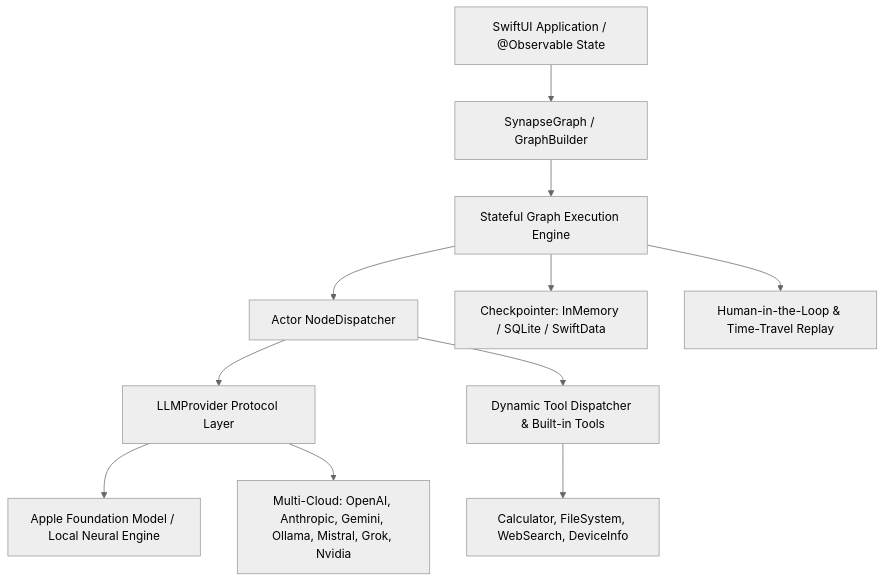
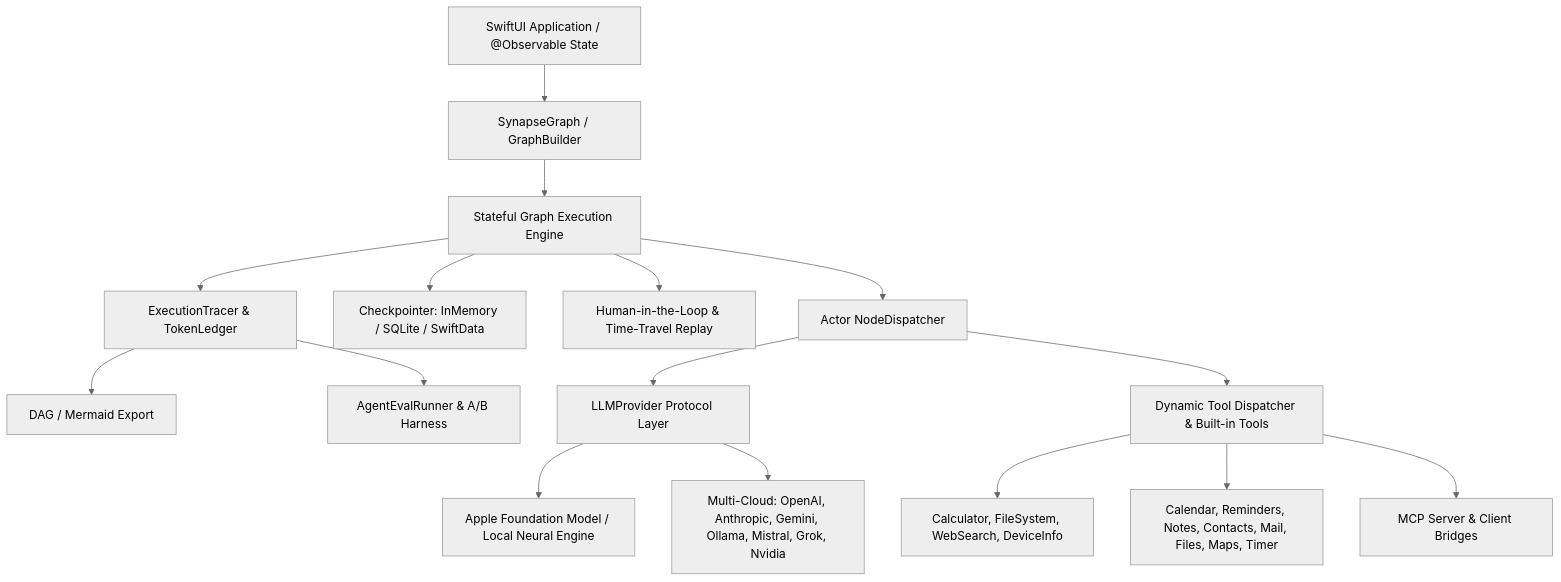
One commit to VM451/synapse-agent-swift changed the diagram in README.md. Above: the diagram before and after it, drawn with Mermaid (neutral theme). The commit also changed other lines of this file and 5 other files, not shown here.

Commit message:
[2026-08-08 10:26:00] docs: add Observability & Tracing, Evaluation & A/B Testing, Apple Platform Tools, and MCP Integration guides; update README feature matrix and architecture diagram; expand tools-and-dispatcher reference

````diff
--- a/README.md
+++ b/README.md
@@ -44,13 +50,18 @@
 ```mermaid
 graph TD
     App[SwiftUI Application / @Observable State] --> GraphAPI[SynapseGraph / GraphBuilder]
     GraphAPI --> Engine[Stateful Graph Execution Engine]
     Engine --> NodeDispatcher[Actor NodeDispatcher]
     Engine --> Checkpointer[Checkpointer: InMemory / SQLite / SwiftData]
     Engine --> HITL[Human-in-the-Loop & Time-Travel Replay]
+    Engine --> Observability[ExecutionTracer & TokenLedger]
+    Observability --> DAG[DAG / Mermaid Export]
+    Observability --> Eval[AgentEvalRunner & A/B Harness]
     NodeDispatcher --> Providers[LLMProvider Protocol Layer]
     Providers --> AppleFM[Apple Foundation Model / Local Neural Engine]
     Providers --> CloudModels[Multi-Cloud: OpenAI, Anthropic, Gemini, Ollama, Mistral, Grok, Nvidia]
     NodeDispatcher --> ToolEngine[Dynamic Tool Dispatcher & Built-in Tools]
     ToolEngine --> Tools[Calculator, FileSystem, WebSearch, DeviceInfo]
+    ToolEngine --> AppleTools[Calendar, Reminders, Notes, Contacts, Mail, Files, Maps, Timer]
+    ToolEngine --> MCP[MCP Server & Client Bridges]
 ```
````
